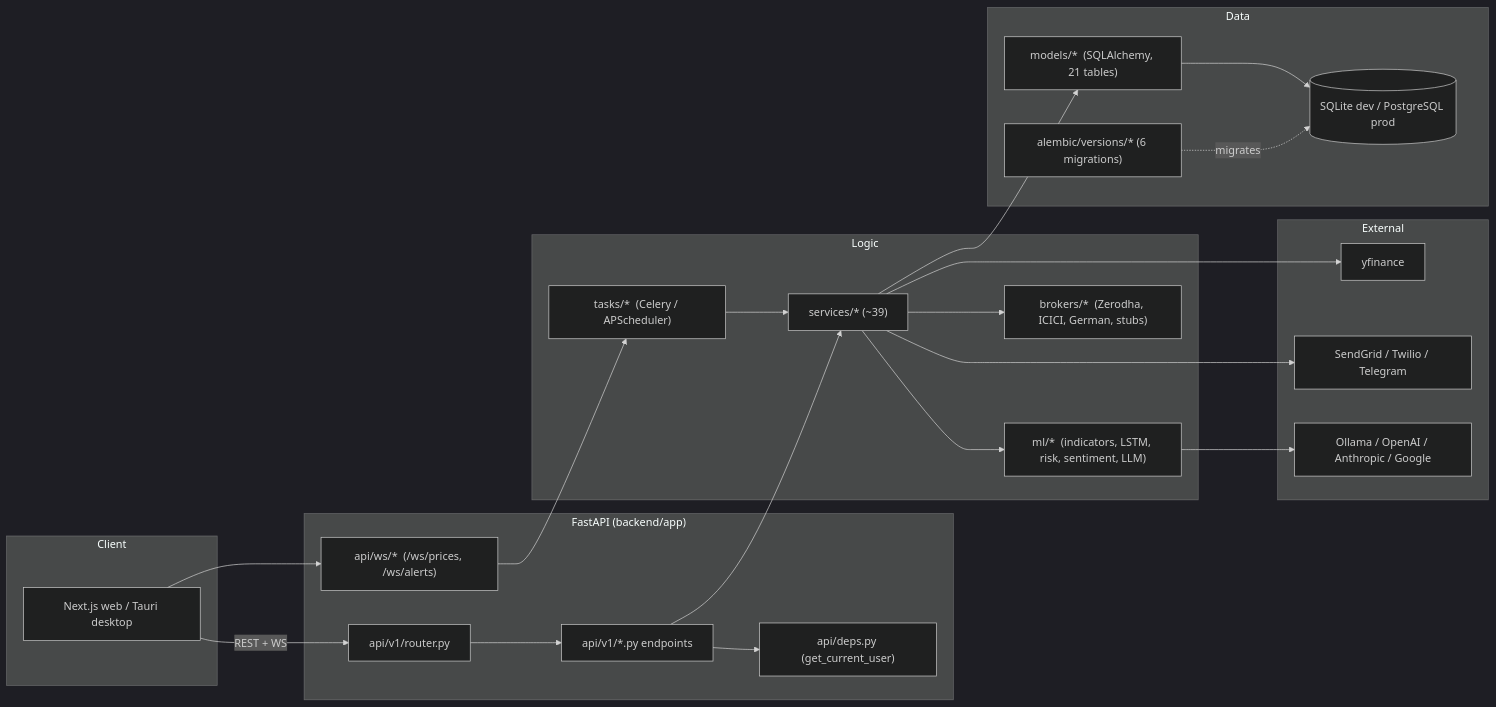
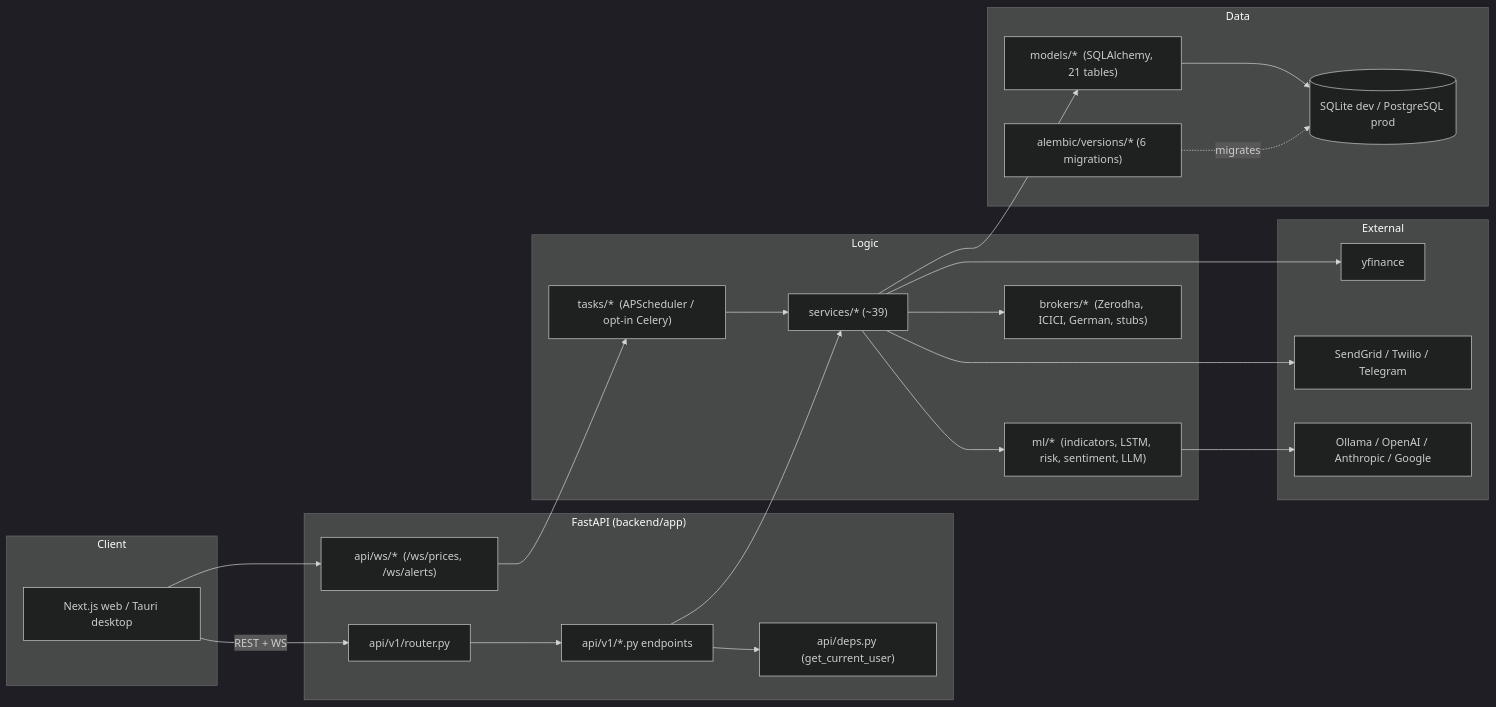
Before and after one commit to ankitkumar9018/FinanceTracking: the third of 3 diagrams in docs/developer-guide.md, drawn with Mermaid (dark theme). The commit also changed other lines of this file and 48 other files, not shown here.

First line of the commit message:
Fix audit findings: accessibility, UX flows, render performance, docs accuracy

````diff
--- a/docs/developer-guide.md
+++ b/docs/developer-guide.md
@@ -774,44 +798,44 @@
 ```mermaid
 flowchart LR
     subgraph Client
       W["Next.js web / Tauri desktop"]
     end
     subgraph API["FastAPI (backend/app)"]
       RT["api/v1/router.py"]
       EP["api/v1/*.py endpoints"]
       WS["api/ws/*  (/ws/prices, /ws/alerts)"]
       DEP["api/deps.py (get_current_user)"]
     end
     subgraph Logic
       SV["services/*  (~39)"]
       ML["ml/*  (indicators, LSTM, risk, sentiment, LLM)"]
       BR["brokers/*  (Zerodha, ICICI, German, stubs)"]
-      TK["tasks/*  (Celery / APScheduler)"]
+      TK["tasks/*  (APScheduler / opt-in Celery)"]
     end
     subgraph Data
       MD["models/*  (SQLAlchemy, 21 tables)"]
       DB[("SQLite dev / PostgreSQL prod")]
       AL["alembic/versions/* (6 migrations)"]
     end
     subgraph External
       YF["yfinance"]
       NO["SendGrid / Twilio / Telegram"]
       LLM["Ollama / OpenAI / Anthropic / Google"]
     end
 
     W -->|REST + WS| RT
     W --> WS
     RT --> EP
     EP --> DEP
     EP --> SV
     SV --> ML
     SV --> BR
     SV --> MD
     TK --> SV
     MD --> DB
     AL -. migrates .-> DB
     SV --> YF
     SV --> NO
     ML --> LLM
     WS --> TK
 ```
````
